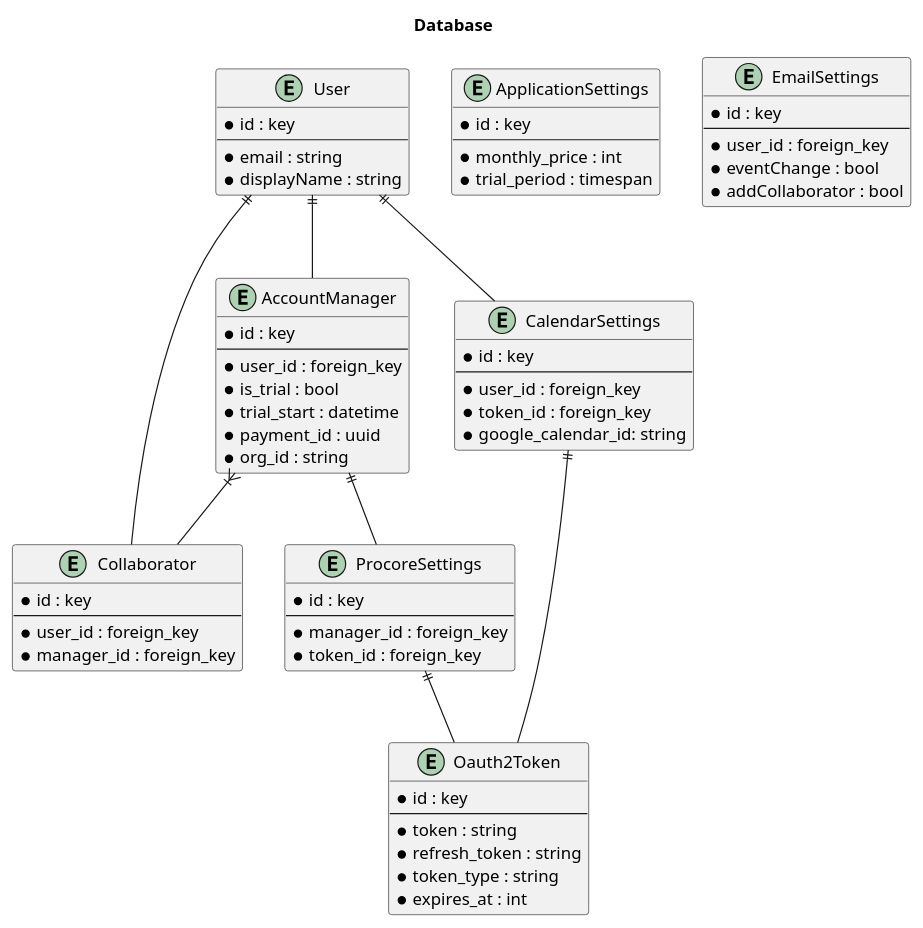
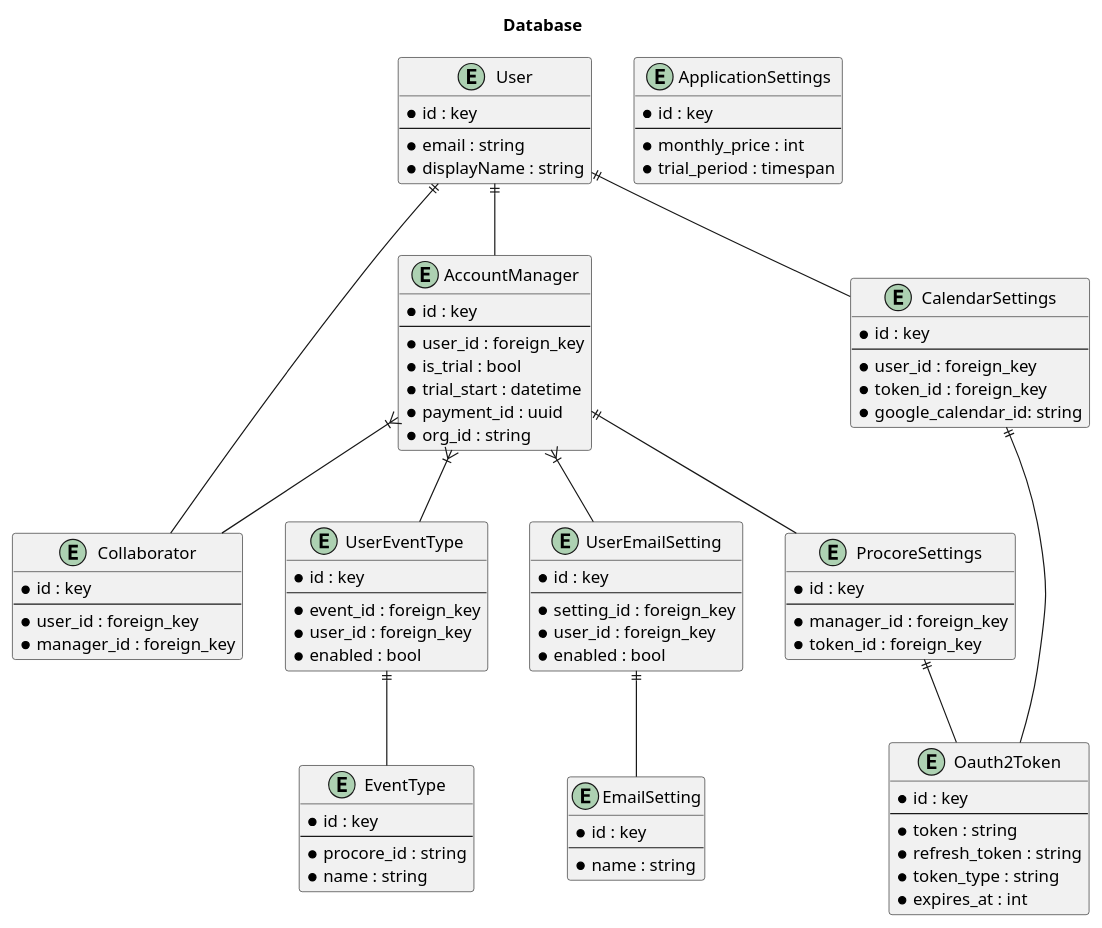
Before and after one commit to adhurjaty/procore-gcal: the diagram in diagrams/database.wsd, drawn with PlantUML.

Commit message:
updates database model

```diff
--- a/diagrams/database.wsd
+++ b/diagrams/database.wsd
@@ -1,75 +1,100 @@
 @startuml
 title Database
 
 entity User {
     * id : key
     ---
     * email : string
     * displayName : string
 }
 
 entity Oauth2Token {
     * id : key
     ---
     * token : string
     * refresh_token : string
     * token_type : string
     * expires_at : int
 }
 
 entity AccountManager {
     * id : key
     ---
     * user_id : foreign_key
     * is_trial : bool
     * trial_start : datetime
     * payment_id : uuid
     * org_id : string
 }
 
 entity Collaborator {
     * id : key
     ---
     * user_id : foreign_key
     * manager_id : foreign_key
 }
 
 entity ProcoreSettings {
     * id : key
     ---
     * manager_id : foreign_key
     * token_id : foreign_key
 }
 
 entity CalendarSettings {
     * id : key
     ---
     * user_id : foreign_key
     * token_id : foreign_key
     * google_calendar_id: string
 }
 
 entity ApplicationSettings {
     * id : key
     ---
     * monthly_price : int
     * trial_period : timespan
 }
 
-entity EmailSettings {
+entity EmailSetting {
     * id : key
     ---
+    * name : string
+}
+
+entity EventType {
+    * id : key
+    ---
+    * procore_id : string
+    * name : string
+}
+
+entity UserEmailSetting {
+    * id : key
+    ---
+    * setting_id : foreign_key
     * user_id : foreign_key
-    * eventChange : bool
-    * addCollaborator : bool
+    * enabled : bool
+}
+
+entity UserEventType {
+    * id : key
+    ---
+    * event_id : foreign_key
+    * user_id : foreign_key
+    * enabled : bool
 }
 
 AccountManager ||-- ProcoreSettings
 User ||-- AccountManager
 User ||-- CalendarSettings
 User ||-- Collaborator
 AccountManager }|-- Collaborator
 ProcoreSettings ||-- Oauth2Token
 CalendarSettings ||-- Oauth2Token
+AccountManager }|-- UserEmailSetting
+AccountManager }|-- UserEventType
+UserEventType ||-- EventType
+UserEmailSetting ||-- EmailSetting
 
 @enduml
```
